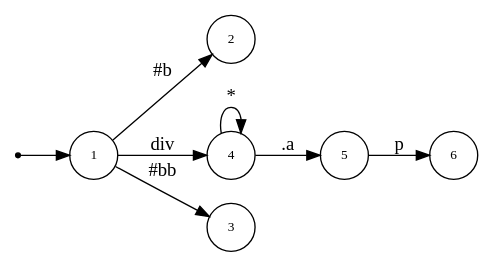
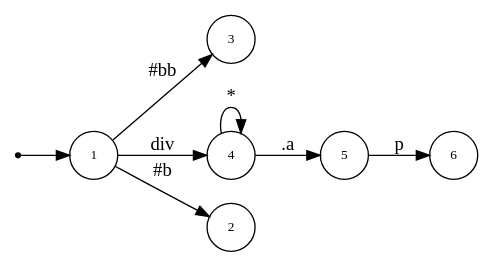
One commit to asukaminato0721/css-bitvector-compiler changed the diagram in css-gen-op/testcase/dot_tri.dot. Above: the diagram before and after it, drawn with Graphviz. The commit also changed other lines of this file and 19 other files, not shown here.

```diff
--- a/css-gen-op/testcase/dot_tri.dot
+++ b/css-gen-op/testcase/dot_tri.dot
@@ -1,19 +1,19 @@
 digraph NFA {
   rankdir=LR;
   node [shape=circle, fontsize=10];
   __start [shape=point, label=""];
   __start -> 1;
+  5 [label="5"];
+  3 [label="3"];
+  4 [label="4"];
+  1 [label="1"];
+  6 [label="6"];
   2 [label="2"];
-  5 [label="5"];
-  1 [label="1"];
-  4 [label="4"];
-  3 [label="3"];
-  6 [label="6"];
   { node [shape=doublecircle]; 2 3 6 }
   1 -> 2 [label="#b"];
   1 -> 3 [label="#bb"];
   1 -> 4 [label="div"];
   4 -> 4 [label="*"];
   4 -> 5 [label=".a"];
   5 -> 6 [label="p"];
 }
```
